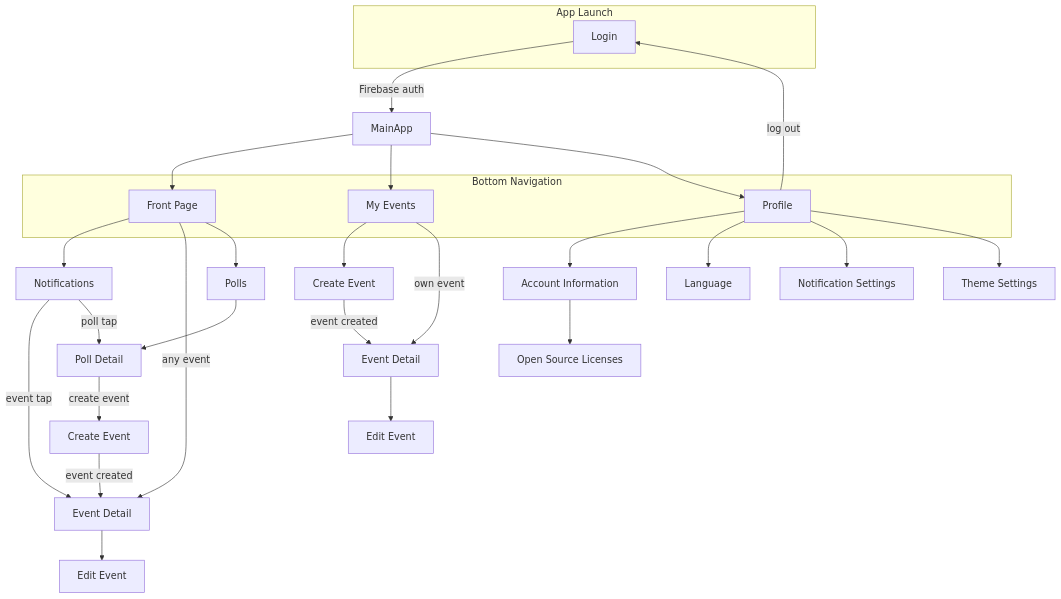
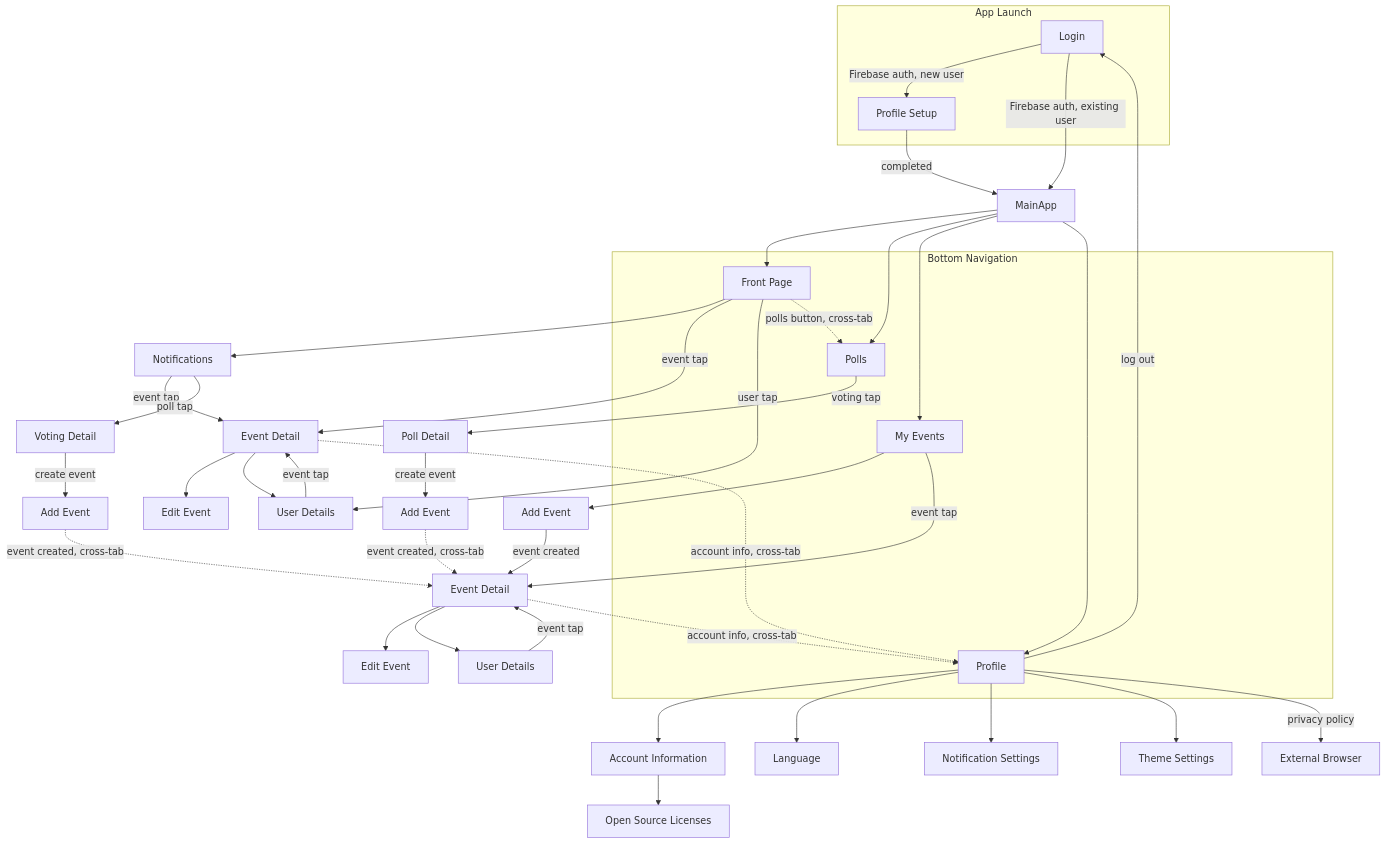
The diagram in README.md (Zlatans3/FlotMand), drawn with Mermaid before and after one commit. The commit also changed other lines of this file, not shown here.

Commit message:
Enhance README with app navigation flowchart
Updated the README to include a detailed flowchart of the app's navigation and structure, including login, profile setup, and bottom navigation.

`````diff
--- a/README.md
+++ b/README.md
@@ -107,46 +109,66 @@
 ```mermaid
 graph TD
-      Login[Login] -->|Firebase auth| MainApp
+    Login[Login] -->|Firebase auth, new user| ProfileSetup[Profile Setup]
+    Login -->|Firebase auth, existing user| MainApp
+    ProfileSetup -->|completed| MainApp
 
-      subgraph App Launch
-          Login
-      end
+    subgraph "App Launch"
+        Login
+        ProfileSetup
+    end
 
-      subgraph Bottom Navigation
-          FrontPage[Front Page]                                                                                             
-          MyEvents[My Events]
-          Profile[Profile]
-      end
+    subgraph "Bottom Navigation"
+        FrontPage[Front Page]
+        Polls[Polls]
+        MyEvents[My Events]
+        Profile[Profile]
+    end
 
-      MainApp --> FrontPage
-      MainApp --> MyEvents
-      MainApp --> Profile
-  
-      %% Front Page stack
-      FrontPage --> Notif[Notifications]
-      FrontPage -->|any event| FP_Detail[Event Detail]
-      FrontPage --> Polls[Polls]
+    MainApp --> FrontPage
+    MainApp --> Polls
+    MainApp --> MyEvents
+    MainApp --> Profile
 
-      Notif -->|event tap| FP_Detail
-      Notif -->|poll tap| PollDetail
+    %% Front Page stack
+    FrontPage --> Notif[Notifications]
+    FrontPage -->|event tap| FP_Detail[Event Detail]
+    FrontPage -->|user tap| FP_UserDetails[User Details]
+    FrontPage -.->|polls button, cross-tab| Polls
 
-      Polls --> PollDetail[Poll Detail]                                                                                     
-      PollDetail -->|create event| FP_CreateEvent[Create Event]
-      FP_CreateEvent -->|event created| FP_Detail
+    Notif -->|event tap| FP_Detail
+    Notif -->|poll tap| FP_VotingDetail[Voting Detail]
 
-      FP_Detail --> FP_Edit[Edit Event]
+    FP_Detail --> FP_Edit[Edit Event]
+    FP_Detail --> FP_UserDetails
+    FP_Detail -.->|account info, cross-tab| Profile
 
-      %% My Events stack
-      MyEvents --> ME_CreateEvent[Create Event]                                                                             
-      MyEvents -->|own event| ME_Detail[Event Detail]
-      ME_Detail --> ME_Edit[Edit Event]
-      ME_CreateEvent -->|event created| ME_Detail
+    FP_UserDetails -->|event tap| FP_Detail
 
-      %% Profile stack
-      Profile -->|log out| Login                                                                                            
-      Profile --> AccountInfo[Account Information]
-      Profile --> Language[Language]
-      Profile --> NotifSettings[Notification Settings]
-      Profile --> Theme[Theme Settings]
-      AccountInfo --> Licenses[Open Source Licenses]
+    FP_VotingDetail -->|create event| FP_AddEvent[Add Event]
+    FP_AddEvent -.->|event created, cross-tab| ME_Detail
+
+    %% Polls stack
+    Polls -->|voting tap| PollDetail[Poll Detail]
+    PollDetail -->|create event| P_AddEvent[Add Event]
+    P_AddEvent -.->|event created, cross-tab| ME_Detail
+
+    %% My Events stack
+    MyEvents --> ME_AddEvent[Add Event]
+    MyEvents -->|event tap| ME_Detail[Event Detail]
+    ME_Detail --> ME_Edit[Edit Event]
+    ME_Detail --> ME_UserDetails[User Details]
+    ME_Detail -.->|account info, cross-tab| Profile
+    ME_AddEvent -->|event created| ME_Detail
+    ME_UserDetails -->|event tap| ME_Detail
+
+    %% Profile stack
+    Profile -->|log out| Login
+    Profile --> AccountInfo[Account Information]
+    Profile --> Language[Language]
+    Profile --> NotifSettings[Notification Settings]
+    Profile --> Theme[Theme Settings]
+    Profile -->|privacy policy| ExternalBrowser[External Browser]
+    AccountInfo --> Licenses[Open Source Licenses]
+
+
 ````
`````
